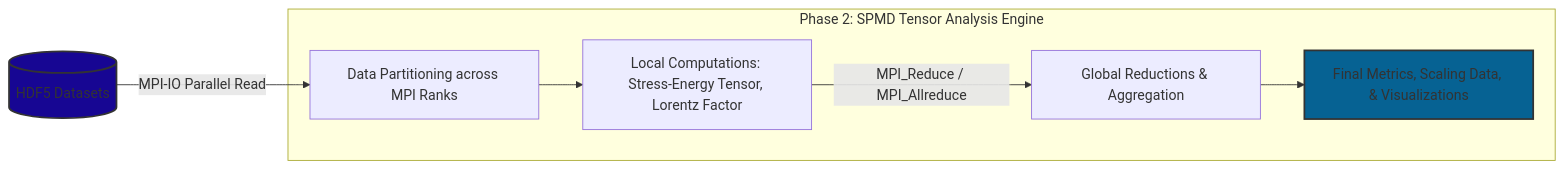
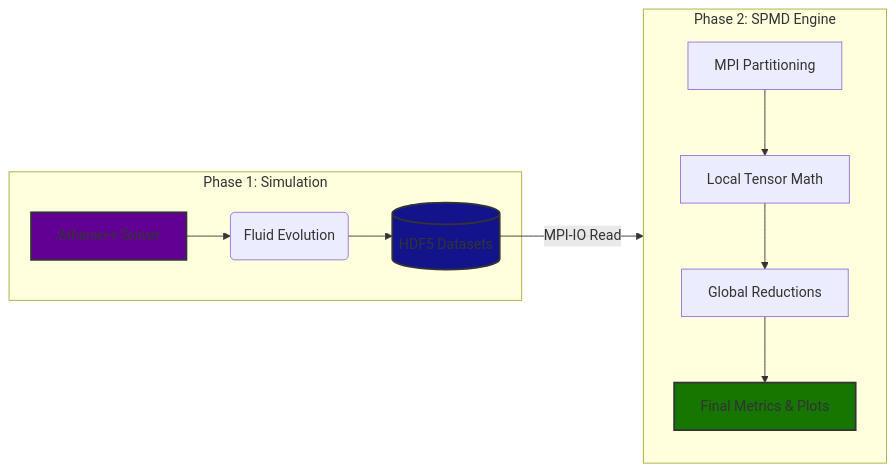
One commit to junie-marie/tensor-analysis-for-grmhd changed the diagram in README.md. Above: the diagram before and after it, drawn with Mermaid. The commit also changed other lines of this file, not shown here.

Commit message:
Update README.md
Fixed Project Architecture

````diff
--- a/README.md
+++ b/README.md
@@ -23,12 +12,22 @@
 ```mermaid
-graph LR
-    C[(HDF5 Datasets)] -->|MPI-IO Parallel Read| D
-    subgraph Phase2 [Phase 2: SPMD Tensor Analysis Engine]
-        D[Data Partitioning across MPI Ranks] --> E[Local Computations: Stress-Energy Tensor, Lorentz Factor]
-        E -->|MPI_Reduce / MPI_Allreduce| F[Global Reductions & Aggregation]
-        F --> G[Final Metrics, Scaling Data, & Visualizations]
+flowchart LR
+    subgraph Phase1 [Phase 1: Simulation]
+        A[Athena++ Solver] --> B(Fluid Evolution)
+        B --> C[(HDF5 Datasets)]
     end
-    
-    style C fill:#170693,stroke:#333,stroke-width:2px
-    style G fill:#066293,stroke:#333,stroke-width:2px
+
+    subgraph Phase2 [Phase 2: SPMD Engine]
+        direction TD
+        D[MPI Partitioning] --> E[Local Tensor Math]
+        E --> F[Global Reductions]
+        F --> G[Final Metrics & Plots]
+    end
+
+    %% The Bridge
+    C -->|MPI-IO Read| D
+
+    %% Styling
+    style A fill:#630094,stroke:#333,stroke-width:2px
+    style C fill:#13148c,stroke:#333,stroke-width:2px
+    style G fill:#167600,stroke:#333,stroke-width:2px
 ```
````
